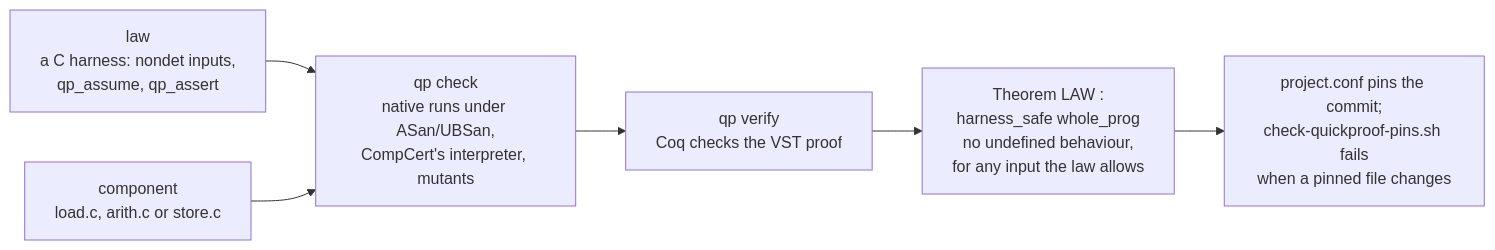
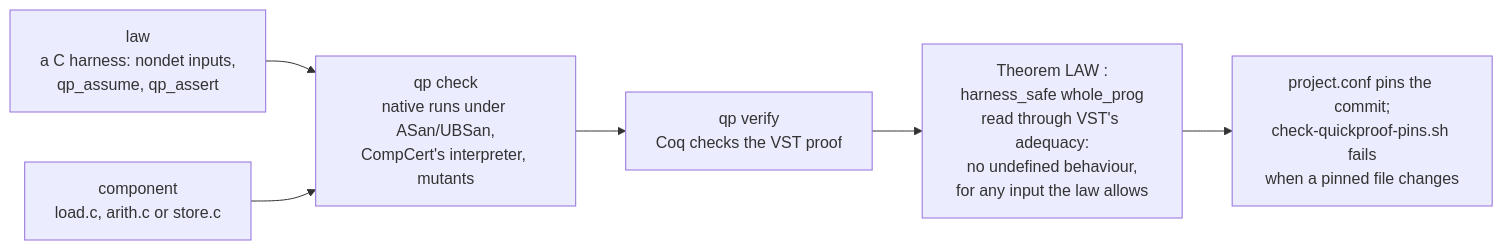
The diagram in proofs/quickproof/README.md (rudi-cilibrasi/openverse), drawn with Mermaid before and after one commit. The commit also changed 5 other files, not shown here.

First line of the commit message:
Docs: review fixes for the diagrams

````diff
--- a/proofs/quickproof/README.md
+++ b/proofs/quickproof/README.md
@@ -15,8 +15,8 @@
 ```mermaid
 flowchart LR
     law["law<br/>a C harness: nondet inputs,<br/>qp_assume, qp_assert"] --> check
     comp["component<br/>load.c, arith.c or store.c"] --> check
     check["qp check<br/>native runs under ASan/UBSan,<br/>CompCert's interpreter, mutants"] --> verify["qp verify<br/>Coq checks the VST proof"]
-    verify --> thm["Theorem LAW :<br/>harness_safe whole_prog<br/>no undefined behaviour,<br/>for any input the law allows"]
+    verify --> thm["Theorem LAW :<br/>harness_safe whole_prog<br/>read through VST's adequacy:<br/>no undefined behaviour,<br/>for any input the law allows"]
     thm --> pin["project.conf pins the commit;<br/>check-quickproof-pins.sh fails<br/>when a pinned file changes"]
 ```
````
